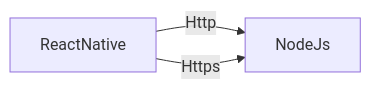
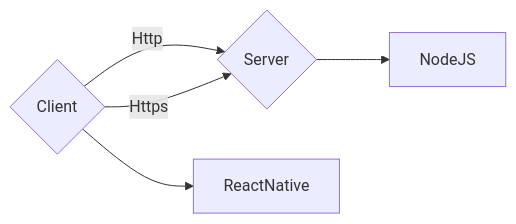
The second of 2 diagrams in job interview.MD (fahrizap/Kodein), drawn with Mermaid before and after one commit.

Commit message:
Update job interview.MD

````diff
--- a/job interview.MD
+++ b/job interview.MD
@@ -118,6 +118,8 @@
 ```mermaid
 flowchart LR
-  A[ReactNative] -->|Http| B[NodeJs]
+  A{Client} -->|Http| B{Server}
   A -->|Https| B
+  A --> AA[ReactNative]
+  B --> BB[NodeJS]
   
 ```
````
